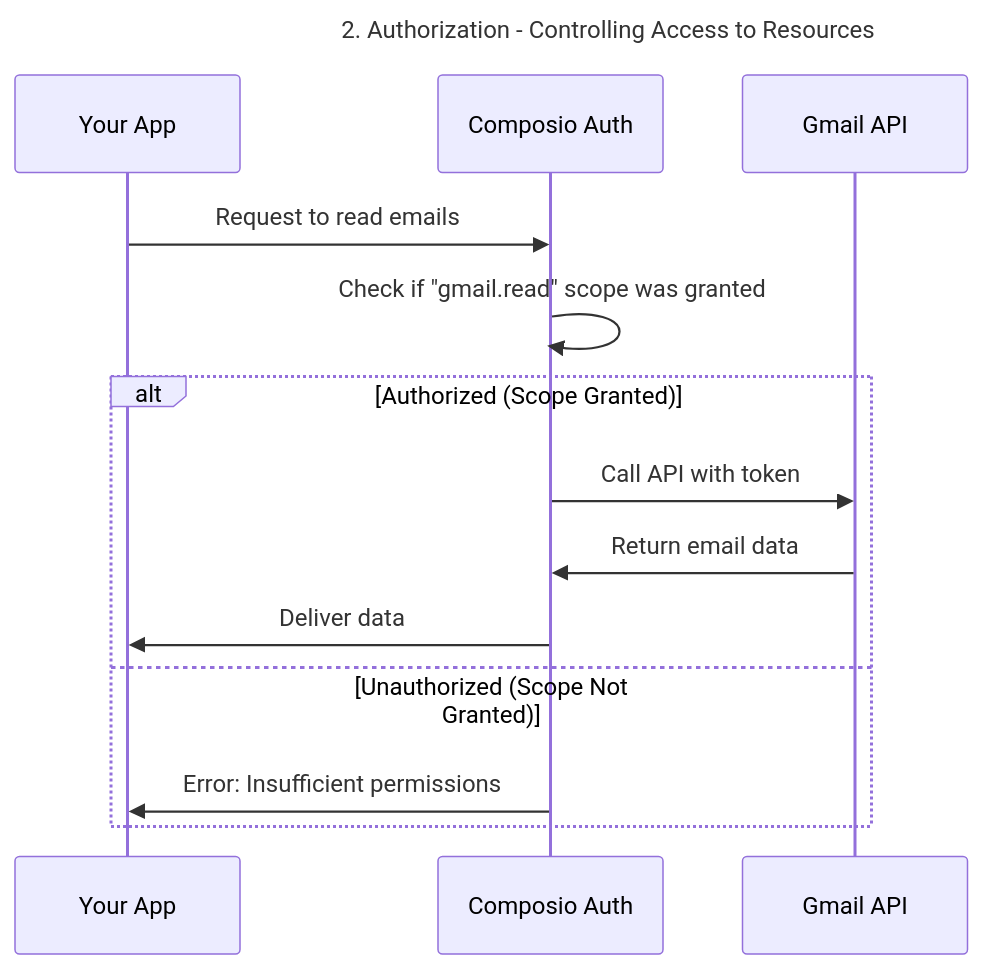
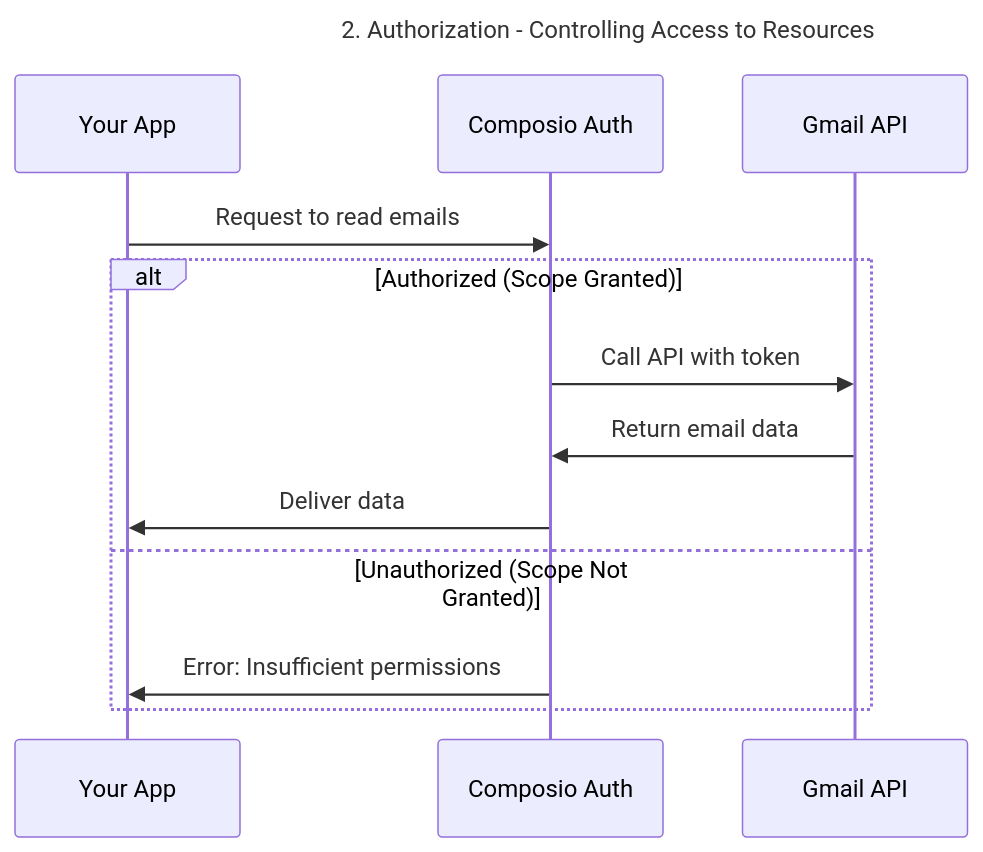
One commit to ComposioHQ/composio changed the second of 7 diagrams in fern/authentication/concepts.mdx. Above: the diagram before and after it, drawn with Mermaid. The commit also changed other lines of this file and 1 other file, not shown here.

````diff
--- a/fern/authentication/concepts.mdx
+++ b/fern/authentication/concepts.mdx
@@ -46,18 +49,17 @@
   ```mermaid
   sequenceDiagram
       title 2. Authorization - Controlling Access to Resources
       participant App as Your App
       participant Composio as Composio Auth
       participant Google as Gmail API
       
       App->>Composio: Request to read emails
-      Composio->>Composio: Check if "gmail.read" scope was granted
       
       alt Authorized (Scope Granted)
           Composio->>Google: Call API with token
           Google->>Composio: Return email data
           Composio->>App: Deliver data
       else Unauthorized (Scope Not Granted)
           Composio->>App: Error: Insufficient permissions
       end
   ```
````
